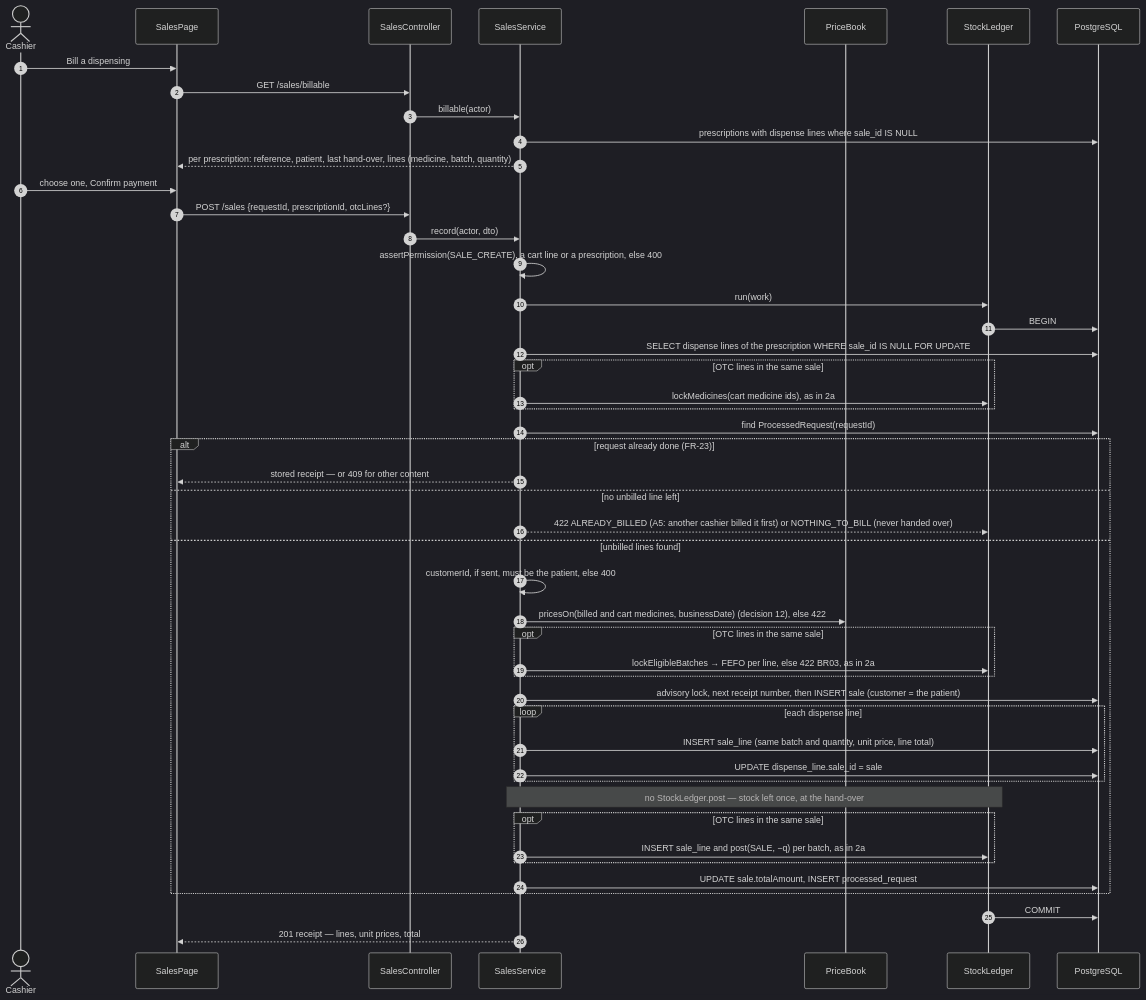
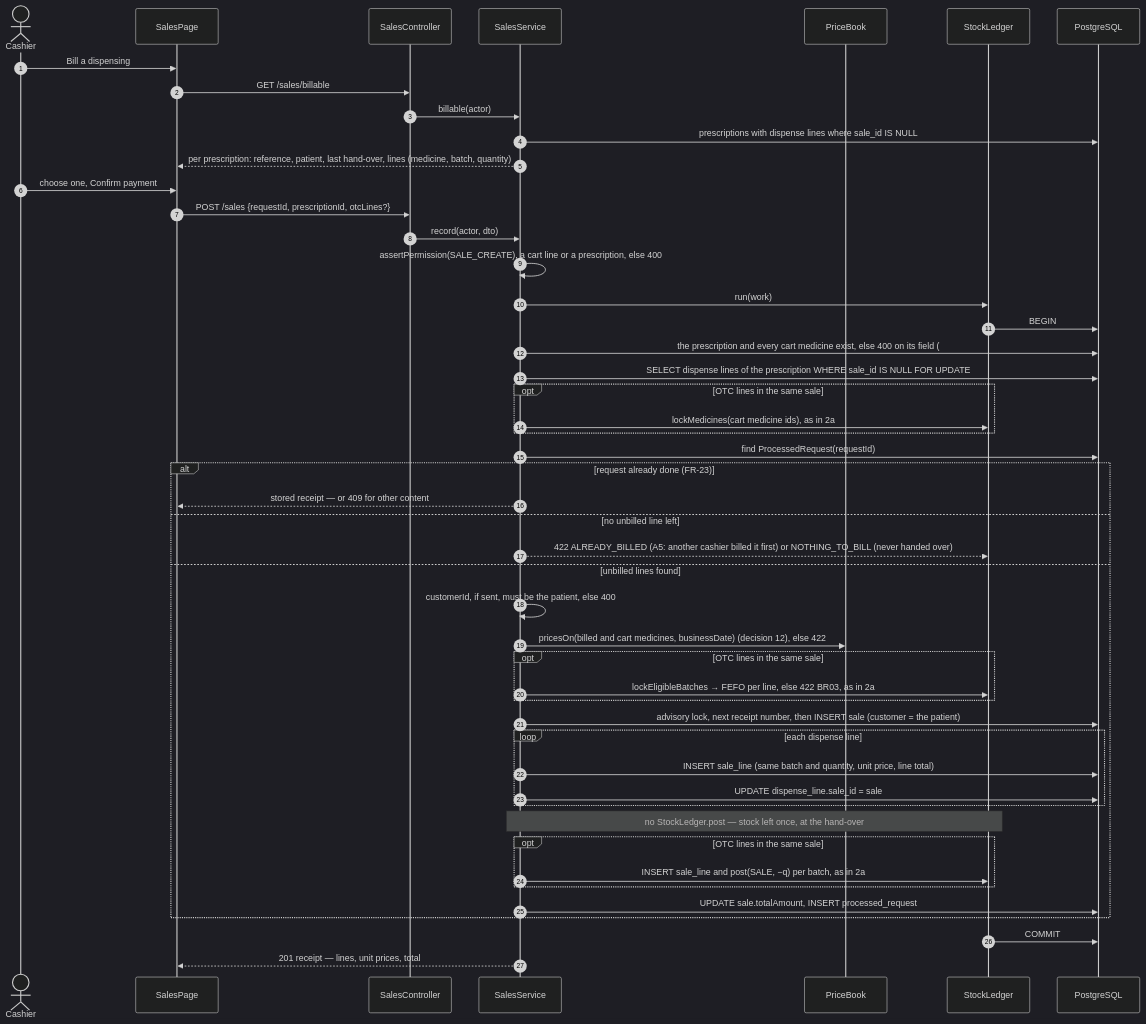
One commit to NeitLN/261_72ITSE41704_2474802010391_PharmacyStock changed the third of 5 diagrams in docs/diagrams/sequence-diagrams.md. Above: the diagram before and after it, drawn with Mermaid (dark theme). The commit also changed other lines of this file and 2 other files, not shown here.

Commit message:
Report a sale with nothing to sell with the other field errors; UC07 docs follow #47

````diff
--- a/docs/diagrams/sequence-diagrams.md
+++ b/docs/diagrams/sequence-diagrams.md
@@ -168,51 +169,52 @@
 ```mermaid
 sequenceDiagram
     autonumber
     actor K as Cashier
     participant UI as SalesPage
     participant C as SalesController
     participant S as SalesService
     participant PB as PriceBook
     participant L as StockLedger
     participant DB as PostgreSQL
 
     K->>UI: Bill a dispensing
     UI->>C: GET /sales/billable
     C->>S: billable(actor)
     S->>DB: prescriptions with dispense lines where sale_id IS NULL
     S-->>UI: per prescription: reference, patient, last hand-over, lines (medicine, batch, quantity)
     K->>UI: choose one, Confirm payment
     UI->>C: POST /sales {requestId, prescriptionId, otcLines?}
     C->>S: record(actor, dto)
     S->>S: assertPermission(SALE_CREATE), a cart line or a prescription, else 400
     S->>L: run(work)
     L->>DB: BEGIN
+    S->>DB: the prescription and every cart medicine exist, else 400 on its field (#47)
     S->>DB: SELECT dispense lines of the prescription WHERE sale_id IS NULL FOR UPDATE
     opt OTC lines in the same sale
         S->>L: lockMedicines(cart medicine ids), as in 2a
     end
     S->>DB: find ProcessedRequest(requestId)
     alt request already done (FR-23)
         S-->>UI: stored receipt — or 409 for other content
     else no unbilled line left
         S-->>L: 422 ALREADY_BILLED (A5: another cashier billed it first) or NOTHING_TO_BILL (never handed over)
     else unbilled lines found
         S->>S: customerId, if sent, must be the patient, else 400
         S->>PB: pricesOn(billed and cart medicines, businessDate) (decision 12), else 422
         opt OTC lines in the same sale
             S->>L: lockEligibleBatches → FEFO per line, else 422 BR03, as in 2a
         end
         S->>DB: advisory lock, next receipt number, then INSERT sale (customer = the patient)
         loop each dispense line
             S->>DB: INSERT sale_line (same batch and quantity, unit price, line total)
             S->>DB: UPDATE dispense_line.sale_id = sale
         end
         Note over S,L: no StockLedger.post — stock left once, at the hand-over
         opt OTC lines in the same sale
             S->>L: INSERT sale_line and post(SALE, −q) per batch, as in 2a
         end
         S->>DB: UPDATE sale.totalAmount, INSERT processed_request
     end
     L->>DB: COMMIT
     S-->>UI: 201 receipt — lines, unit prices, total
 ```
````
